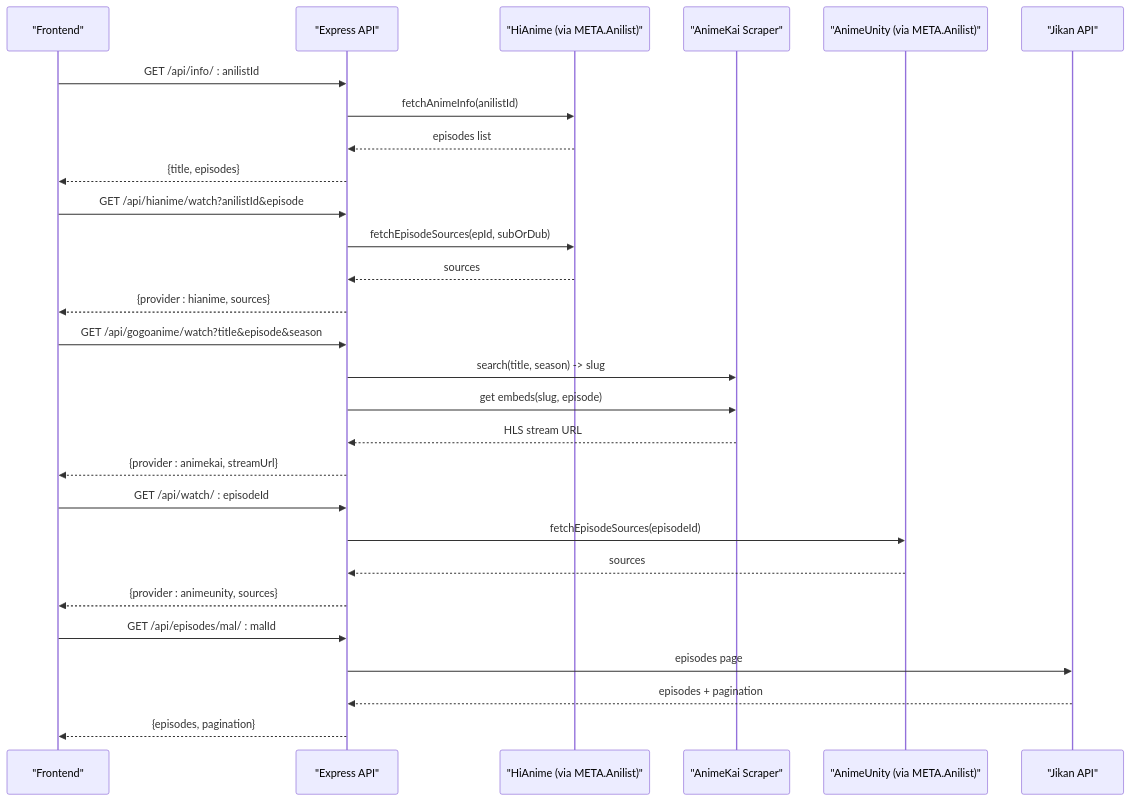
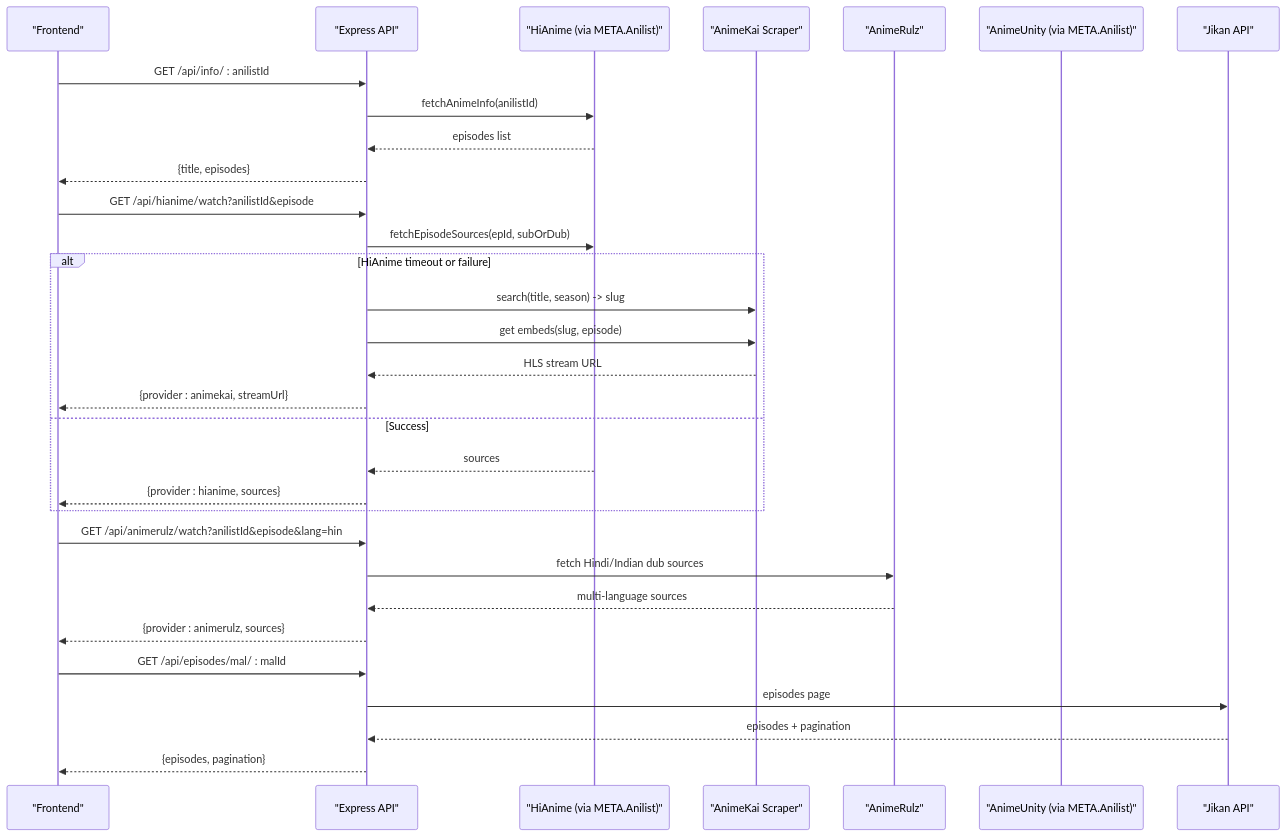
The second of 7 diagrams in .qoder/repowiki/en/content/Backend Services/Content Provider Integration/Content Provider Integration.md (techniciansupremus-lab/Project-Anime), drawn with Mermaid before and after one commit. The commit also changed other lines of this file and 101 other files, not shown here.

````diff
--- a/.qoder/repowiki/en/content/Backend Services/Content Provider Integration/Content Provider Integration.md
+++ b/.qoder/repowiki/en/content/Backend Services/Content Provider Integration/Content Provider Integration.md
@@ -84,30 +98,33 @@
 ```mermaid
 sequenceDiagram
 participant FE as "Frontend"
 participant API as "Express API"
 participant H as "HiAnime (via META.Anilist)"
 participant K as "AnimeKai Scraper"
+participant R as "AnimeRulz"
 participant U as "AnimeUnity (via META.Anilist)"
 participant J as "Jikan API"
 FE->>API : GET /api/info/ : anilistId
 API->>H : fetchAnimeInfo(anilistId)
 H-->>API : episodes list
 API-->>FE : {title, episodes}
 FE->>API : GET /api/hianime/watch?anilistId&episode
 API->>H : fetchEpisodeSources(epId, subOrDub)
-H-->>API : sources
-API-->>FE : {provider : hianime, sources}
-FE->>API : GET /api/gogoanime/watch?title&episode&season
+alt HiAnime timeout or failure
 API->>K : search(title, season) -> slug
 API->>K : get embeds(slug, episode)
 K-->>API : HLS stream URL
 API-->>FE : {provider : animekai, streamUrl}
-FE->>API : GET /api/watch/ : episodeId
-API->>U : fetchEpisodeSources(episodeId)
-U-->>API : sources
-API-->>FE : {provider : animeunity, sources}
+else Success
+H-->>API : sources
+API-->>FE : {provider : hianime, sources}
+end
+FE->>API : GET /api/animerulz/watch?anilistId&episode&lang=hin
+API->>R : fetch Hindi/Indian dub sources
+R-->>API : multi-language sources
+API-->>FE : {provider : animerulz, sources}
 FE->>API : GET /api/episodes/mal/ : malId
 API->>J : episodes page
 J-->>API : episodes + pagination
 API-->>FE : {episodes, pagination}
 ```
````
